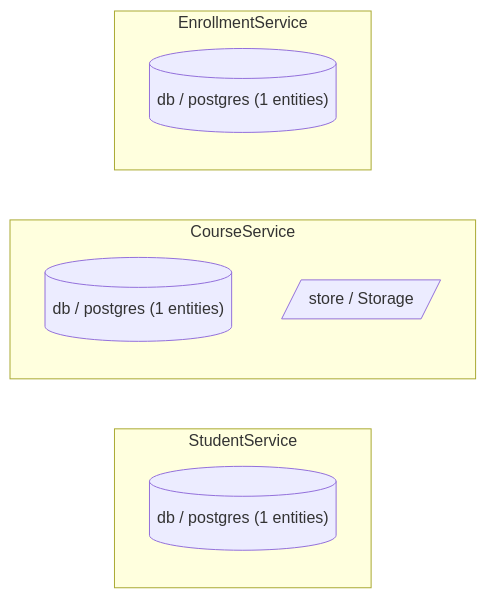
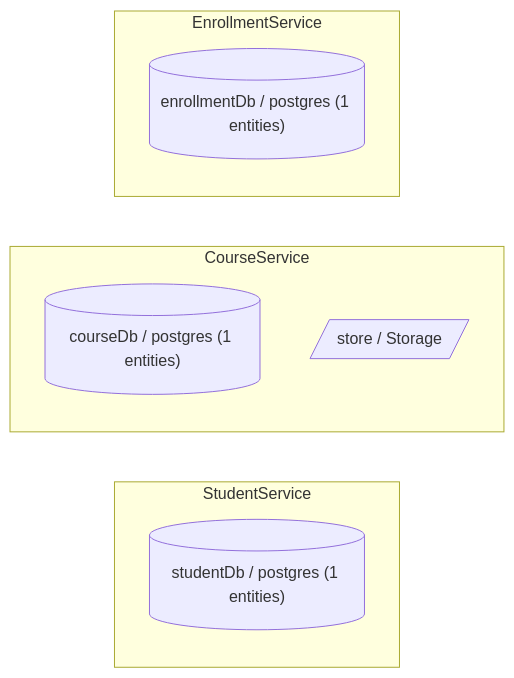
One commit to keturk/datrix changed the diagram in examples/02-domains/learning-management/docs/diagrams/infrastructure.md. Above: the diagram before and after it, drawn with Mermaid. The commit also changed 158 other files, not shown here.

First line of the commit message:
Examples: name RDBMS blocks and align diagrams/docs with multi-datasource style

````diff
--- a/examples/02-domains/learning-management/docs/diagrams/infrastructure.md
+++ b/examples/02-domains/learning-management/docs/diagrams/infrastructure.md
@@ -3,13 +3,13 @@
 ```mermaid
 graph LR
     subgraph "StudentService"
-    student_service_rdbms_db[("db / postgres (1 entities)")]
+    student_service_rdbms_student_db[("studentDb / postgres (1 entities)")]
     end
     subgraph "CourseService"
-    course_service_rdbms_db[("db / postgres (1 entities)")]
+    course_service_rdbms_course_db[("courseDb / postgres (1 entities)")]
     course_service_storage_store[/"store / Storage"/]
     end
     subgraph "EnrollmentService"
-    enrollment_service_rdbms_db[("db / postgres (1 entities)")]
+    enrollment_service_rdbms_enrollment_db[("enrollmentDb / postgres (1 entities)")]
     end
 ```
````
